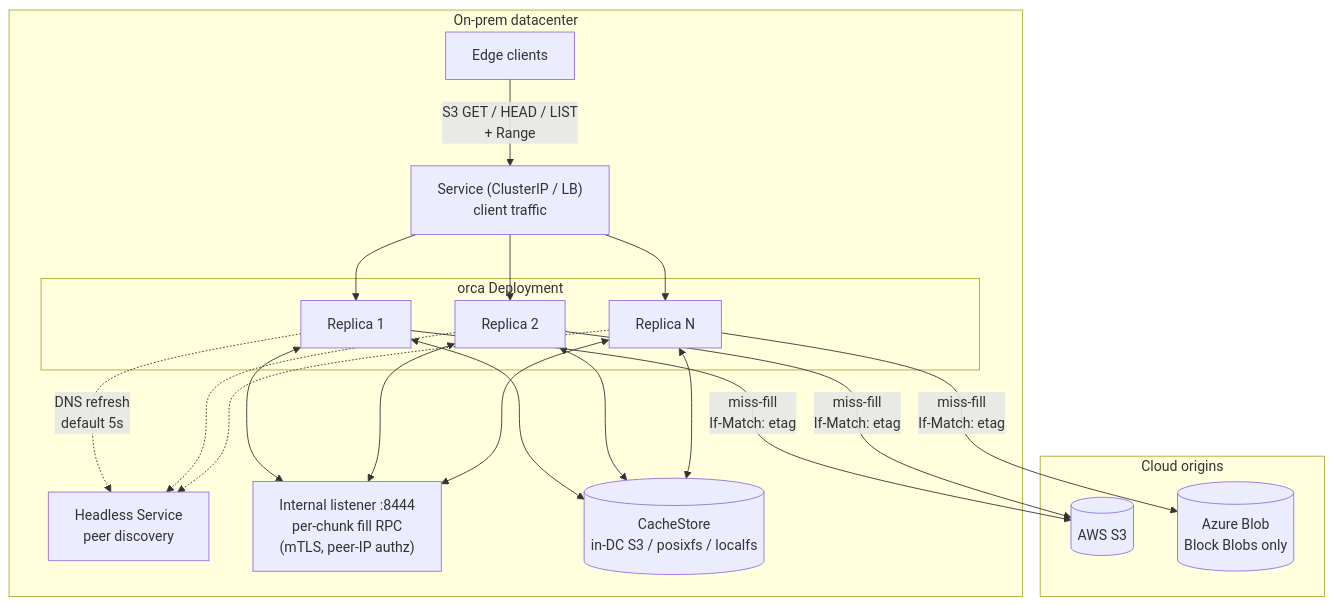
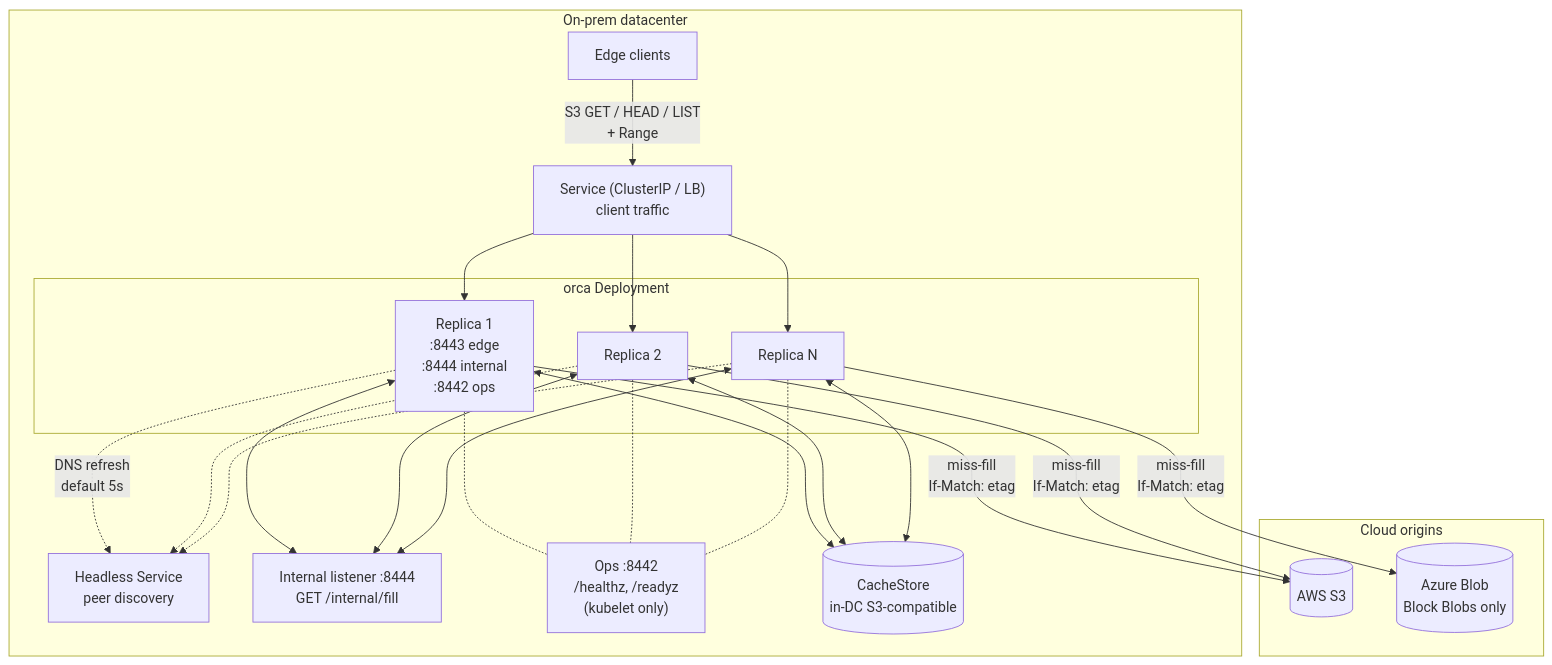
The first of 7 diagrams in design/orca/design.md (Azure/unbounded), drawn with Mermaid before and after one commit. The commit also changed other lines of this file and 5 other files, not shown here.

````diff
--- a/design/orca/design.md
+++ b/design/orca/design.md
@@ -290,35 +163,39 @@
 ```mermaid
 graph TB
     subgraph DC["On-prem datacenter"]
         Clients["Edge clients"]
         Service["Service (ClusterIP / LB)<br/>client traffic"]
         subgraph Replicas["orca Deployment"]
-            R1["Replica 1"]
+            R1["Replica 1<br/>:8443 edge<br/>:8444 internal<br/>:8442 ops"]
             R2["Replica 2"]
             R3["Replica N"]
         end
         Headless["Headless Service<br/>peer discovery"]
-        Internal["Internal listener :8444<br/>per-chunk fill RPC<br/>(mTLS, peer-IP authz)"]
-        CS[("CacheStore<br/>in-DC S3 / posixfs / localfs")]
+        Internal["Internal listener :8444<br/>GET /internal/fill"]
+        Ops["Ops :8442<br/>/healthz, /readyz<br/>(kubelet only)"]
+        CS[("CacheStore<br/>in-DC S3-compatible")]
     end
     subgraph Cloud["Cloud origins"]
         S3[("AWS S3")]
         Azure[("Azure Blob<br/>Block Blobs only")]
     end
     Clients -- "S3 GET / HEAD / LIST<br/>+ Range" --> Service
     Service --> R1
     Service --> R2
     Service --> R3
     R1 -. "DNS refresh<br/>default 5s" .-> Headless
     R2 -.-> Headless
     R3 -.-> Headless
     R1 <--> Internal
     R2 <--> Internal
     R3 <--> Internal
+    R1 -.- Ops
+    R2 -.- Ops
+    R3 -.- Ops
     R1 <--> CS
     R2 <--> CS
     R3 <--> CS
     R1 -- "miss-fill<br/>If-Match: etag" --> S3
     R2 -- "miss-fill<br/>If-Match: etag" --> S3
     R3 -- "miss-fill<br/>If-Match: etag" --> Azure
 ```
````
